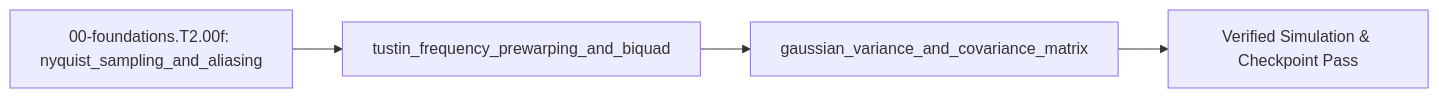
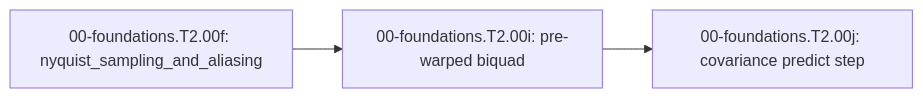
Before and after one commit to TLE47/Mechatronics-Roadmap: the diagram in modules/00-foundations.T2.00f.md, drawn with Mermaid. The commit also changed other lines of this file and 56 other files, not shown here.

Commit message:
Split T2.00f into sampling, biquad and covariance lessons with their own graded packages

````diff
--- a/modules/00-foundations.T2.00f.md
+++ b/modules/00-foundations.T2.00f.md
@@ -326,6 +201,5 @@
 ```mermaid
 flowchart LR
-    A["00-foundations.T2.00f: nyquist_sampling_and_aliasing"] --> B["tustin_frequency_prewarping_and_biquad"]
-    B --> C["gaussian_variance_and_covariance_matrix"]
-    C --> D["Verified Simulation & Checkpoint Pass"]
+    A["00-foundations.T2.00f: nyquist_sampling_and_aliasing"] --> B["00-foundations.T2.00i: pre-warped biquad"]
+    B --> C["00-foundations.T2.00j: covariance predict step"]
 ```
````
